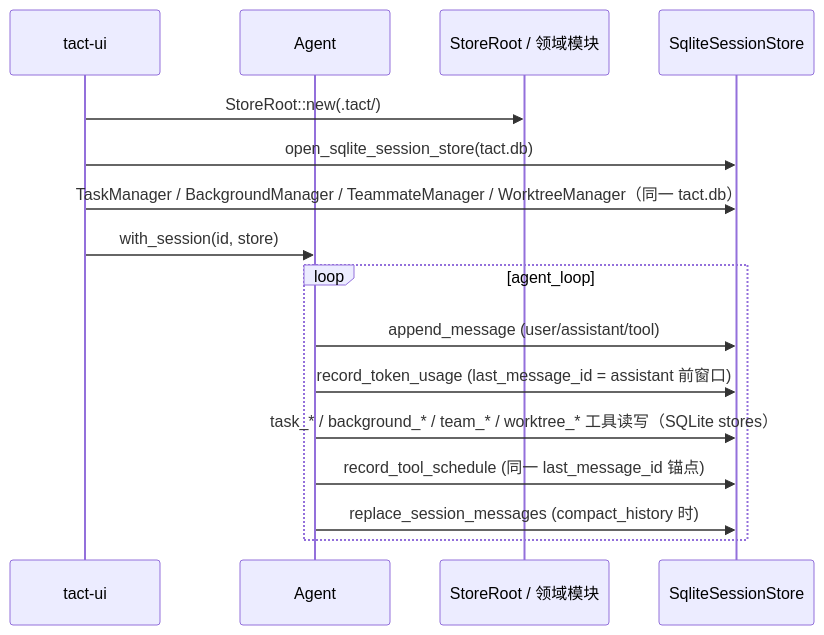
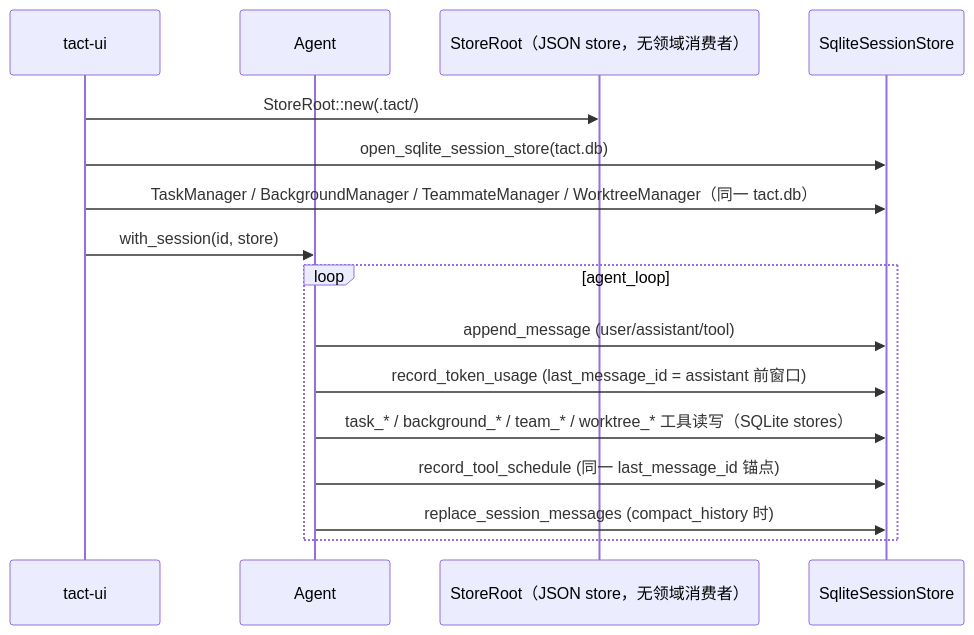
One commit to rust-infra/tact changed the second of 2 diagrams in book/01_chapter_store_zh.md. Above: the diagram before and after it, drawn with Mermaid. The commit also changed other lines of this file and 40 other files, not shown here.

````diff
--- a/book/01_chapter_store_zh.md
+++ b/book/01_chapter_store_zh.md
@@ -184,20 +170,20 @@
 ```mermaid
 sequenceDiagram
     participant TUI as tact-ui
     participant Agent
-    participant JSON as StoreRoot / 领域模块
+    participant JSON as StoreRoot（JSON store，无领域消费者）
     participant SQL as SqliteSessionStore
 
     TUI->>JSON: StoreRoot::new(.tact/)
     TUI->>SQL: open_sqlite_session_store(tact.db)
     TUI->>SQL: TaskManager / BackgroundManager / TeammateManager / WorktreeManager（同一 tact.db）
     TUI->>Agent: with_session(id, store)
 
     loop agent_loop
         Agent->>SQL: append_message (user/assistant/tool)
         Agent->>SQL: record_token_usage (last_message_id = assistant 前窗口)
         Agent->>SQL: task_* / background_* / team_* / worktree_* 工具读写（SQLite stores）
         Agent->>SQL: record_tool_schedule (同一 last_message_id 锚点)
         Agent->>SQL: replace_session_messages (compact_history 时)
     end
 ```
````
